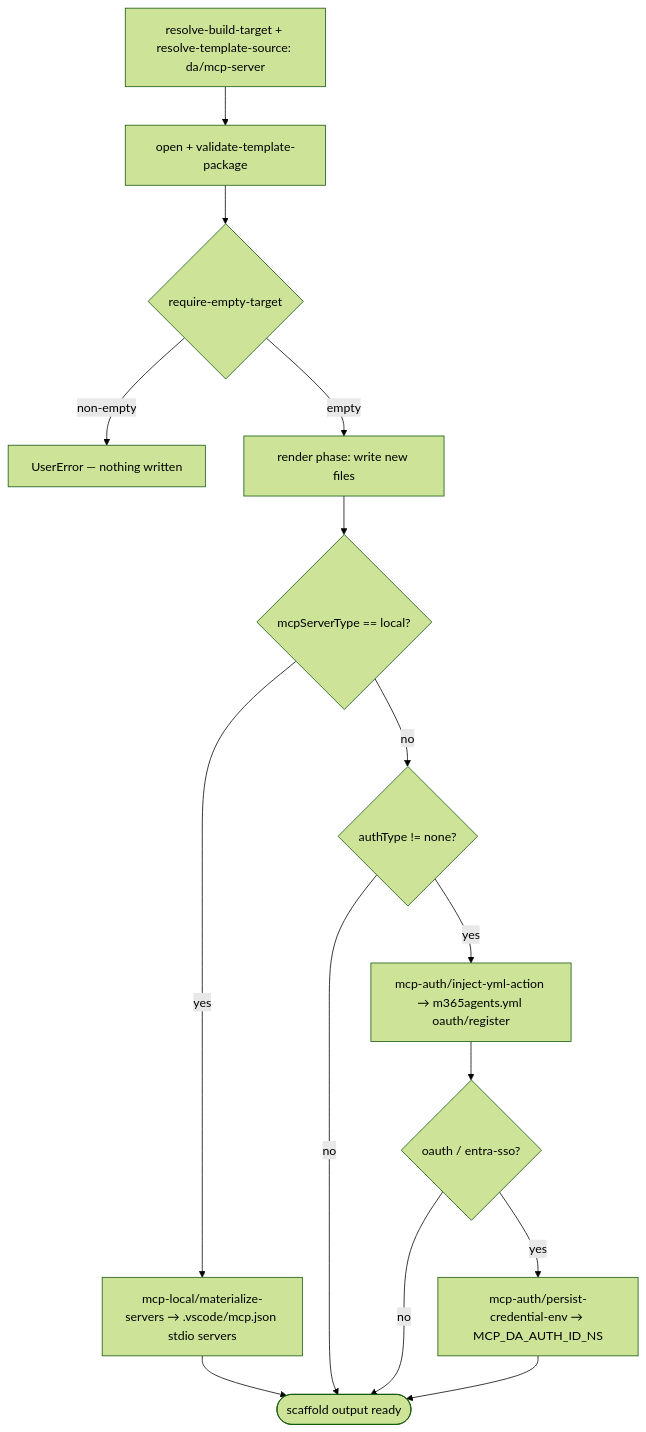
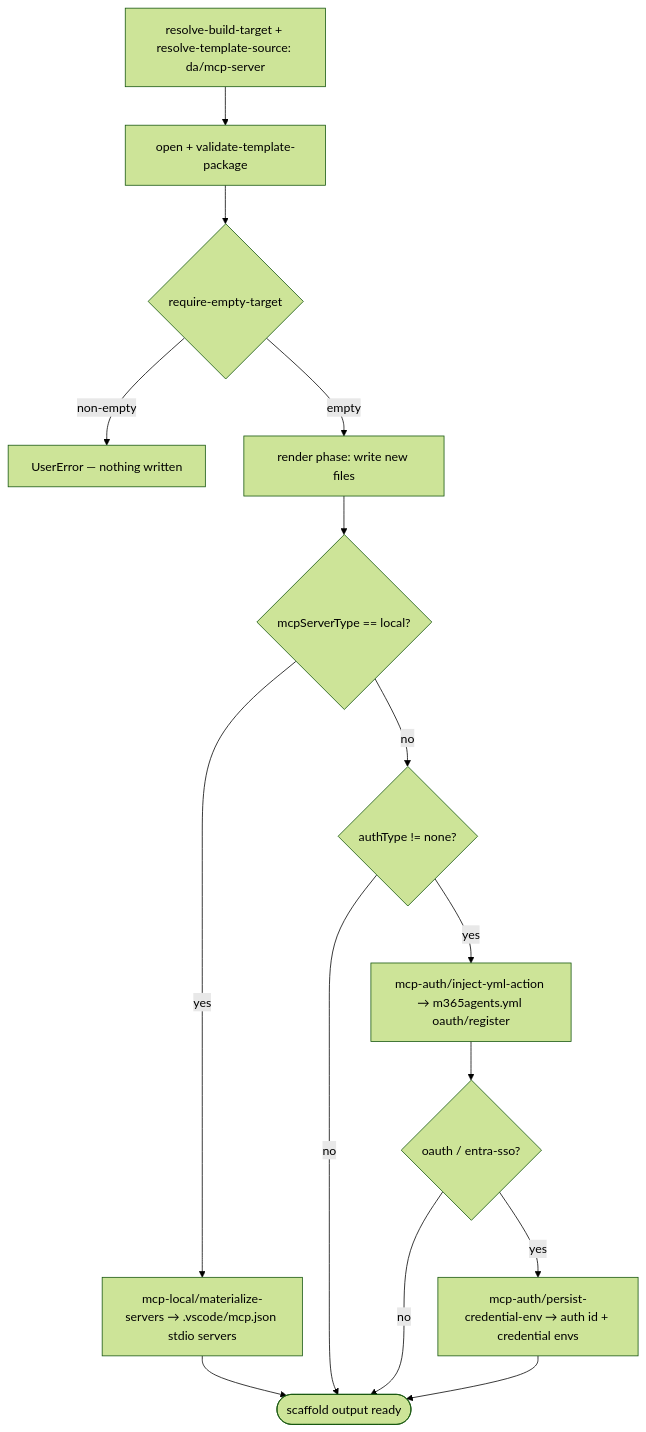
One commit to OfficeDev/Teams-Toolkit changed the diagram in docs/03-specs/scenarios/da/create-mcp-server.md. Above: the diagram before and after it, drawn with Mermaid (forest theme). The commit also changed other lines of this file and 39 other files, not shown here.

First line of the commit message:
fix(scaffold): collect V4 MCP auth credentials

````diff
--- a/docs/03-specs/scenarios/da/create-mcp-server.md
+++ b/docs/03-specs/scenarios/da/create-mcp-server.md
@@ -119,17 +120,17 @@
 ```mermaid
 flowchart TD
   Sel[resolve-build-target + resolve-template-source: da/mcp-server] --> Open[open + validate-template-package]
   Open --> Guard{require-empty-target}
   Guard -- non-empty --> Err[UserError — nothing written]
   Guard -- empty --> Render[render phase: write new files]
   Render --> Local{mcpServerType == local?}
   Local -- yes --> Mat[mcp-local/materialize-servers → .vscode/mcp.json stdio servers]
   Mat --> Done
   Local -- no --> Inject{authType != none?}
   Inject -- no --> Done([scaffold output ready])
   Inject -- yes --> Yml[mcp-auth/inject-yml-action → m365agents.yml oauth/register]
   Yml --> Persist{oauth / entra-sso?}
   Persist -- no --> Done
-  Persist -- yes --> Env[mcp-auth/persist-credential-env → MCP_DA_AUTH_ID_NS]
+  Persist -- yes --> Env[mcp-auth/persist-credential-env → auth id + credential envs]
   Env --> Done
 ```
````
